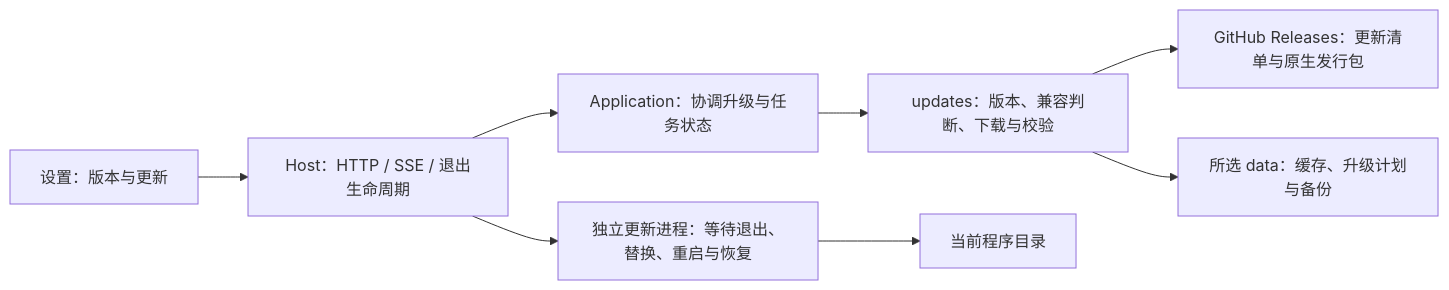
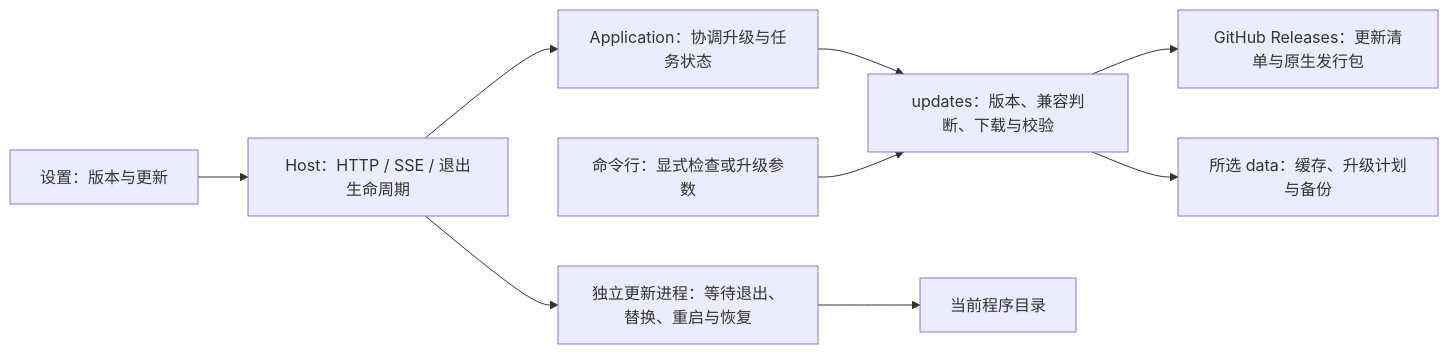
The first of 2 diagrams in docs/zh-CN/dev/issues/application-updates.md (Lykr/pictide), drawn with Mermaid before and after one commit. The commit also changed other lines of this file, not shown here.

Commit message:
docs(updates): require manual triggers and add CLI commands

````diff
--- a/docs/zh-CN/dev/issues/application-updates.md
+++ b/docs/zh-CN/dev/issues/application-updates.md
@@ -9,10 +9,11 @@
 ```mermaid
 flowchart LR
     UI[设置：版本与更新] --> Host[Host：HTTP / SSE / 退出生命周期]
     Host --> App[Application：协调升级与任务状态]
     App --> Updates[updates：版本、兼容判断、下载与校验]
+    CLI[命令行：显式检查或升级参数] --> Updates
     Updates --> Releases[GitHub Releases：更新清单与原生发行包]
     Updates --> Stage[所选 data：缓存、升级计划与备份]
     Host --> Helper[独立更新进程：等待退出、替换、重启与恢复]
     Helper --> Install[当前程序目录]
 ```
````
